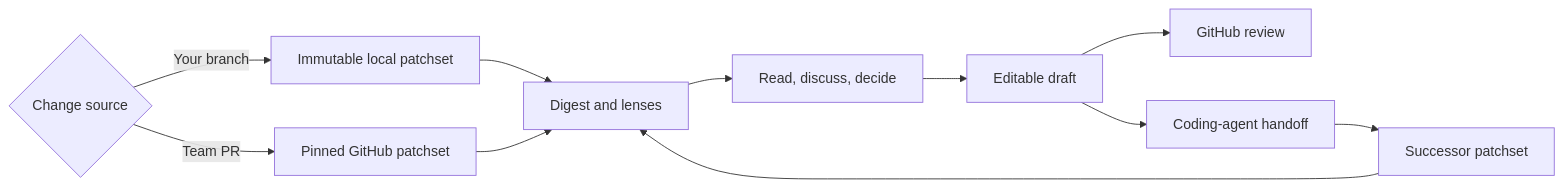
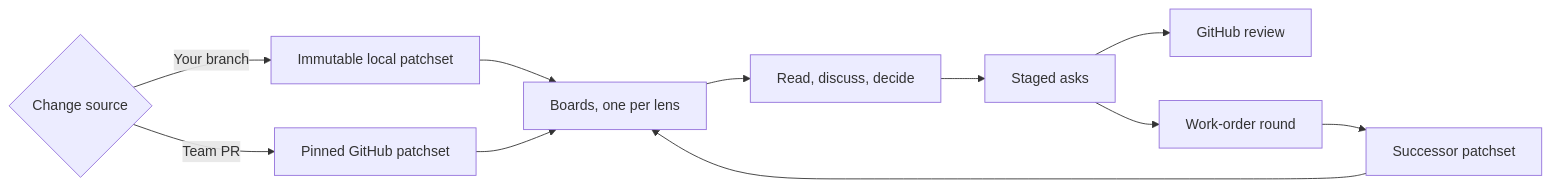
One commit to rbutera/Rennet changed the diagram in docs/using/concepts/product-and-vision.md. Above: the diagram before and after it, drawn with Mermaid. The commit also changed other lines of this file and 28 other files, not shown here.

````diff
--- a/docs/using/concepts/product-and-vision.md
+++ b/docs/using/concepts/product-and-vision.md
@@ -24,14 +26,14 @@
 ```mermaid
 flowchart LR
   source{Change source}
   source -->|Your branch| local[Immutable local patchset]
   source -->|Team PR| remote[Pinned GitHub patchset]
-  local --> digest[Digest and lenses]
-  remote --> digest
-  digest --> decide[Read, discuss, decide]
-  decide --> draft[Editable draft]
-  draft --> github[GitHub review]
-  draft --> agent[Coding-agent handoff]
-  agent --> delta[Successor patchset]
-  delta --> digest
+  local --> boards[Boards, one per lens]
+  remote --> boards
+  boards --> decide[Read, discuss, decide]
+  decide --> asks[Staged asks]
+  asks --> github[GitHub review]
+  asks --> round[Work-order round]
+  round --> delta[Successor patchset]
+  delta --> boards
 ```
````
